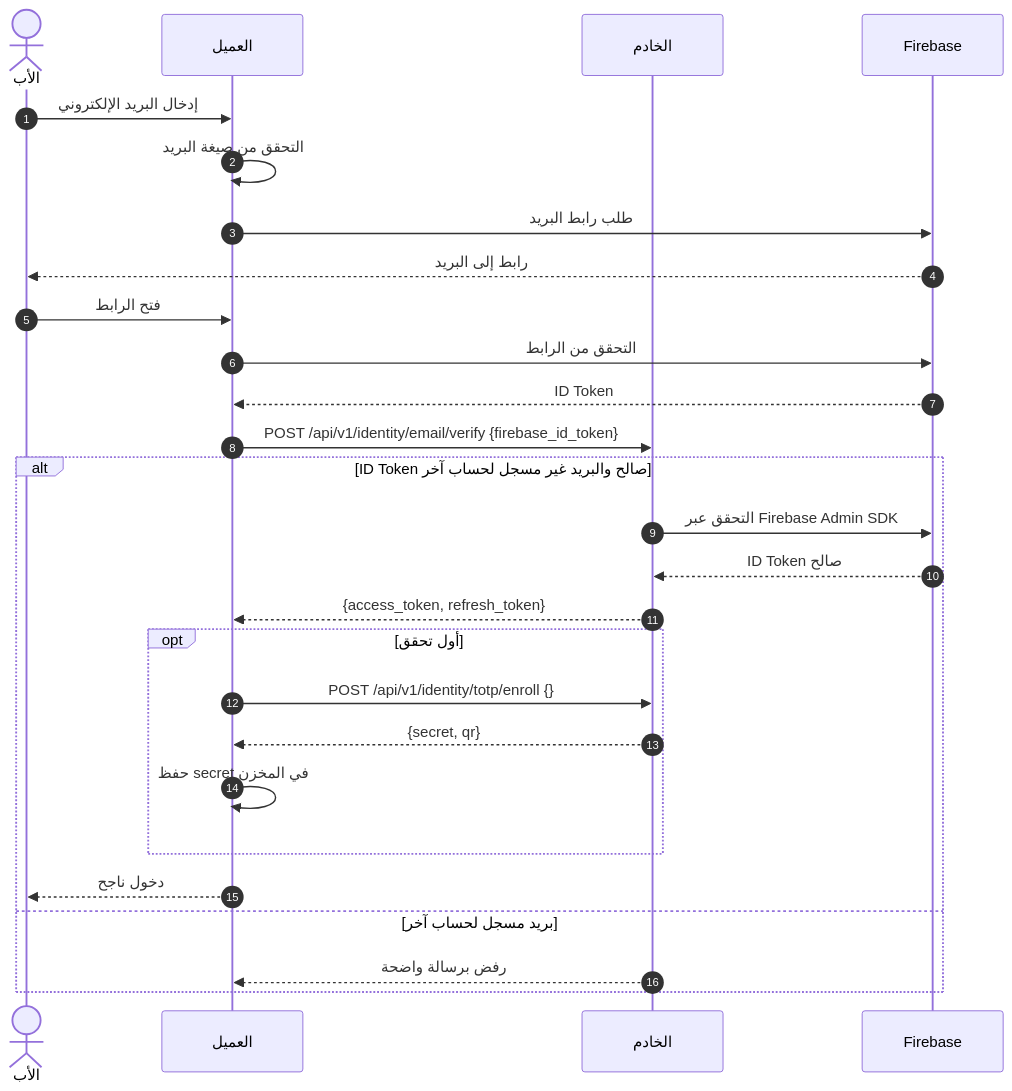
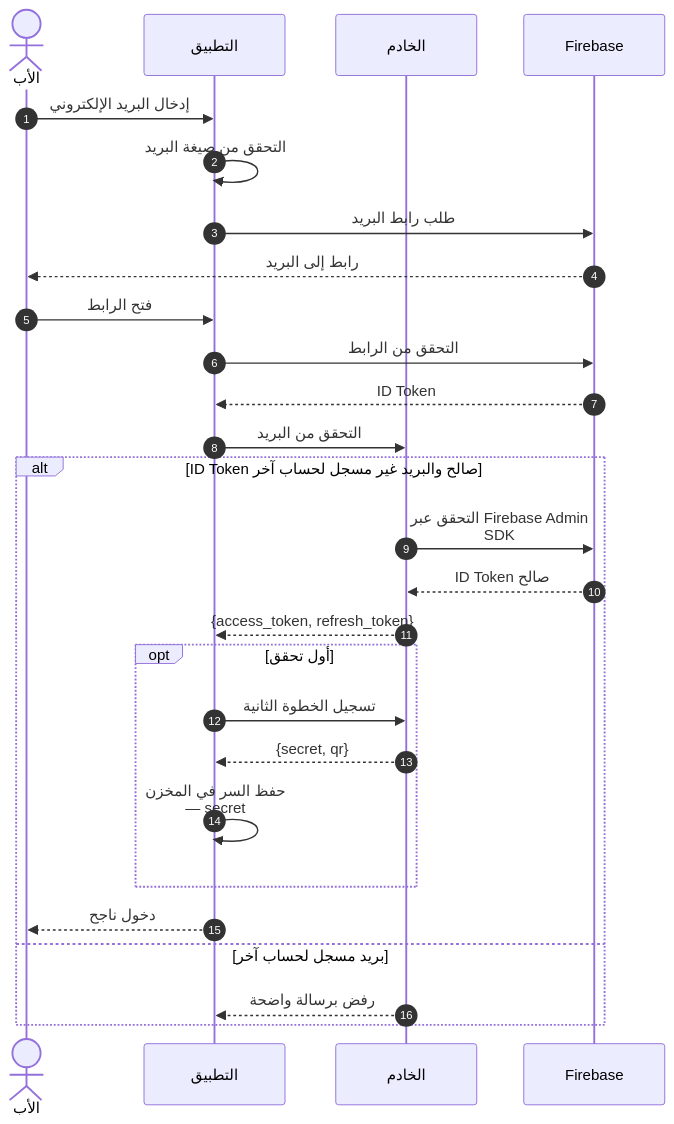
The seventh of 36 diagrams in docs/family-os/governance/phases/phase-1/S1-02-identity-and-onboarding/DIAGRAMS.md (Bassam-mohammed-alqaeadi/family-os-v2), drawn with Mermaid before and after one commit. The commit also changed other lines of this file, not shown here.

````diff
--- a/docs/family-os/governance/phases/phase-1/S1-02-identity-and-onboarding/DIAGRAMS.md
+++ b/docs/family-os/governance/phases/phase-1/S1-02-identity-and-onboarding/DIAGRAMS.md
@@ -368,29 +376,30 @@
 ```mermaid
+%%{init: {"sequence": {"wrap": true}}}%%
 sequenceDiagram
     autonumber
     actor Father as الأب
-    participant Client as العميل
+    participant App as التطبيق
     participant Ktor as الخادم
     participant FBAuth as Firebase
-    Father->>Client: إدخال البريد الإلكتروني
-    Client->>Client: التحقق من صيغة البريد
-    Client->>FBAuth: طلب رابط البريد
+    Father->>App: إدخال البريد الإلكتروني
+    App->>App: التحقق من صيغة البريد
+    App->>FBAuth: طلب رابط البريد
     FBAuth-->>Father: رابط إلى البريد
-    Father->>Client: فتح الرابط
-    Client->>FBAuth: التحقق من الرابط
-    FBAuth-->>Client: ID Token
-    Client->>Ktor: POST /api/v1/identity/email/verify {firebase_id_token}
+    Father->>App: فتح الرابط
+    App->>FBAuth: التحقق من الرابط
+    FBAuth-->>App: ID Token
+    App->>Ktor: التحقق من البريد
     alt ID Token صالح والبريد غير مسجل لحساب آخر
         Ktor->>FBAuth: التحقق عبر Firebase Admin SDK
         FBAuth-->>Ktor: ID Token صالح
-        Ktor-->>Client: {access_token, refresh_token}
+        Ktor-->>App: {access_token, refresh_token}
         opt أول تحقق
-            Client->>Ktor: POST /api/v1/identity/totp/enroll {}
-            Ktor-->>Client: {secret, qr}
-            Client->>Client: حفظ secret في المخزن
+            App->>Ktor: تسجيل الخطوة الثانية
+            Ktor-->>App: {secret, qr}
+            App->>App: حفظ السر في المخزن — secret
         end
-        Client-->>Father: دخول ناجح
+        App-->>Father: دخول ناجح
     else بريد مسجل لحساب آخر
-        Ktor-->>Client: رفض برسالة واضحة
+        Ktor-->>App: رفض برسالة واضحة
     end
 ```
````
